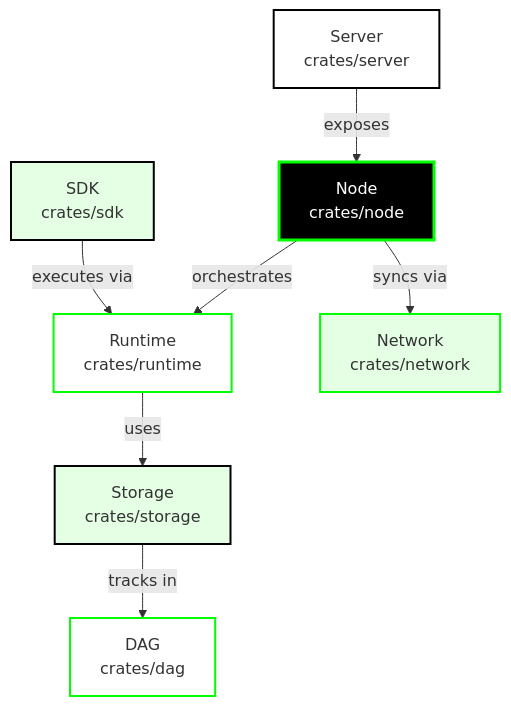
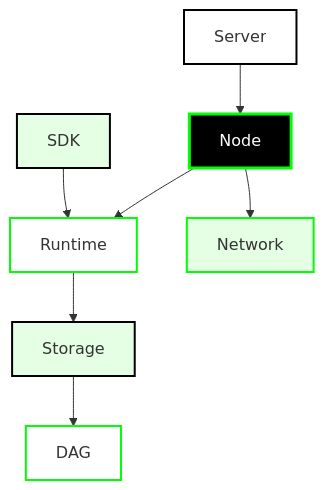
The sixth of 6 diagrams in docs/core-concepts/architecture.md (calimero-network/docs), drawn with Mermaid before and after one commit. The commit also changed other lines of this file and 5 other files, not shown here.

First line of the commit message:
fix: Fix Mermaid graph syntax errors and improve readability

````diff
--- a/docs/core-concepts/architecture.md
+++ b/docs/core-concepts/architecture.md
@@ -136,25 +123,17 @@
 ```mermaid
-graph TB
-    SDK[SDK<br/>crates/sdk]
-    RUNTIME[Runtime<br/>crates/runtime]
-    STORAGE[Storage<br/>crates/storage]
-    DAG[DAG<br/>crates/dag]
-    NODE[Node<br/>crates/node]
-    NETWORK[Network<br/>crates/network]
-    SERVER[Server<br/>crates/server]
-    
-    SDK -->|executes via| RUNTIME
-    RUNTIME -->|uses| STORAGE
-    STORAGE -->|tracks in| DAG
-    NODE -->|orchestrates| RUNTIME
-    NODE -->|syncs via| NETWORK
-    SERVER -->|exposes| NODE
+flowchart TD
+    SDK[SDK] --> RUNTIME[Runtime]
+    RUNTIME --> STORAGE[Storage]
+    STORAGE --> DAG[DAG]
+    NODE[Node] --> RUNTIME
+    NODE --> NETWORK[Network]
+    SERVER[Server] --> NODE
     
     style SDK fill:#e5ffe5,stroke:#000000,stroke-width:2px
     style RUNTIME fill:#ffffff,stroke:#00ff00,stroke-width:2px
     style STORAGE fill:#e5ffe5,stroke:#000000,stroke-width:2px
     style DAG fill:#ffffff,stroke:#00ff00,stroke-width:2px
     style NODE fill:#000000,stroke:#00ff00,stroke-width:3px,color:#ffffff
     style NETWORK fill:#e5ffe5,stroke:#00ff00,stroke-width:2px
     style SERVER fill:#ffffff,stroke:#000000,stroke-width:2px
 ```
````
